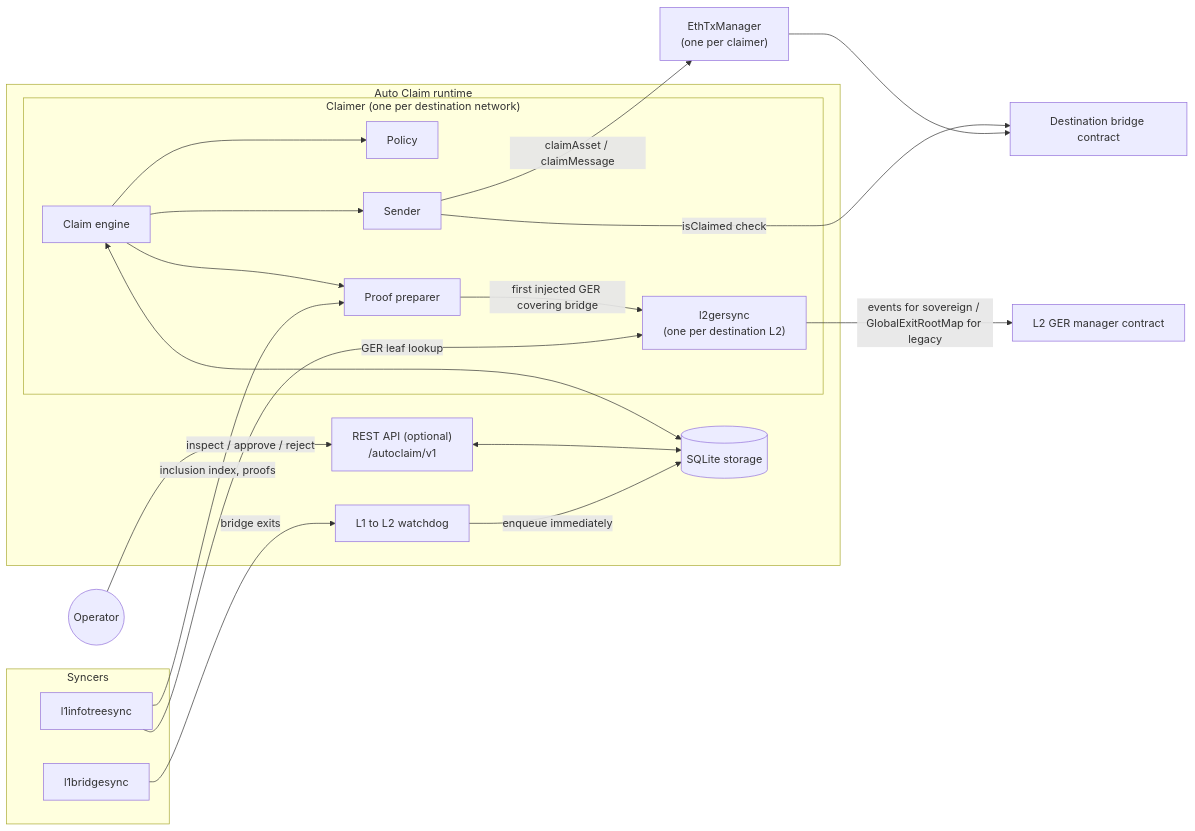
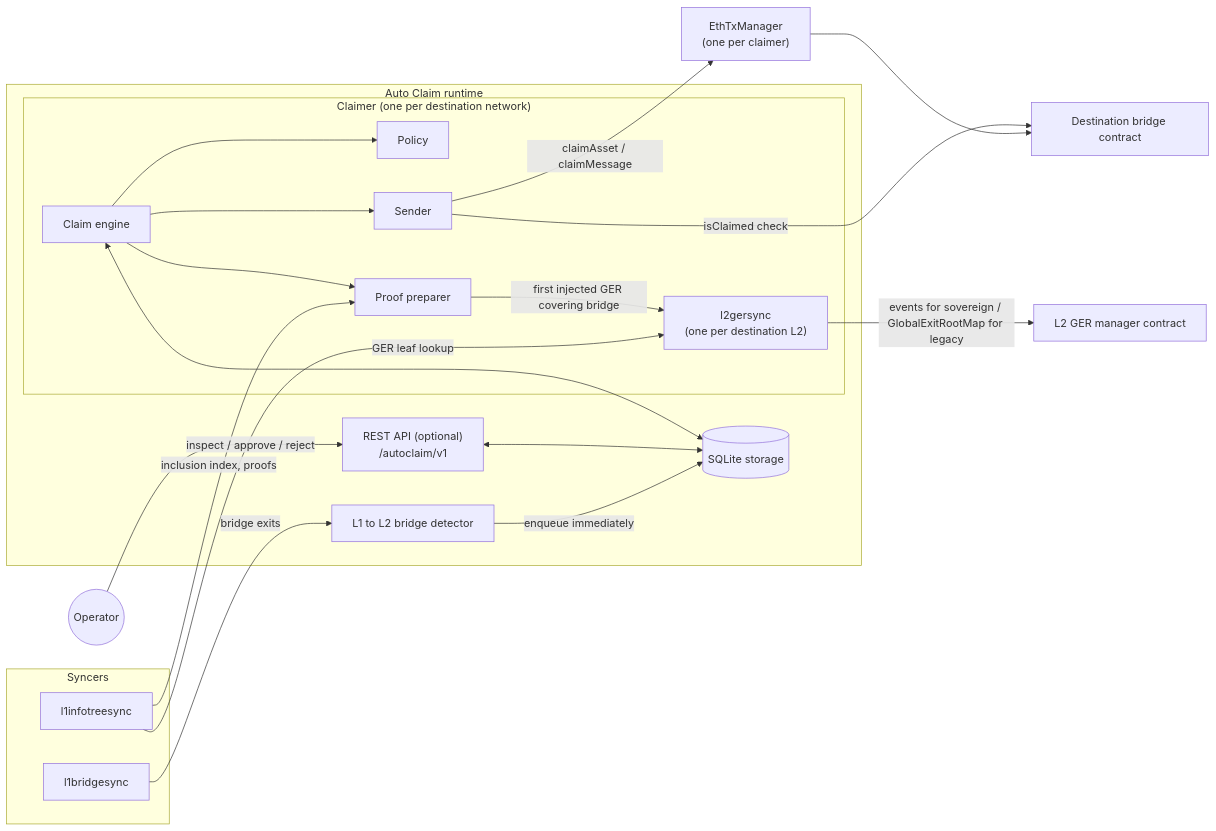
One commit to agglayer/aggkit changed the first of 3 diagrams in docs/autoclaim.md. Above: the diagram before and after it, drawn with Mermaid. The commit also changed other lines of this file and 26 other files, not shown here.

````diff
--- a/docs/autoclaim.md
+++ b/docs/autoclaim.md
@@ -21,41 +21,41 @@
 ```mermaid
 flowchart LR
     subgraph Syncers
         L1BS[l1bridgesync]
         L1IT[l1infotreesync]
     end
 
     subgraph AutoClaim["Auto Claim runtime"]
-        WD["L1 to L2 watchdog"]
+        WD["L1 to L2 bridge detector"]
         DB[("SQLite storage")]
         API["REST API (optional)<br/>/autoclaim/v1"]
         subgraph Claimer["Claimer (one per destination network)"]
             CL["Claim engine"]
             POL["Policy"]
             PP["Proof preparer"]
             GER["l2gersync<br/>(one per destination L2)"]
             SND["Sender"]
         end
     end
 
     ETM["EthTxManager<br/>(one per claimer)"]
     L2["Destination bridge contract"]
     GERC["L2 GER manager contract"]
 
     L1BS -->|bridge exits| WD
     L1IT -->|inclusion index, proofs| PP
     L1IT -->|GER leaf lookup| GER
     WD -->|enqueue immediately| DB
     CL <--> DB
     CL --> POL
     CL --> PP
     PP -->|first injected GER covering bridge| GER
     GER -->|events for sovereign / GlobalExitRootMap for legacy| GERC
     CL --> SND
     SND -->|claimAsset / claimMessage| ETM
     ETM --> L2
     SND -->|isClaimed check| L2
     API <--> DB
 
     Operator((Operator)) -->|inspect / approve / reject| API
 ```
````
